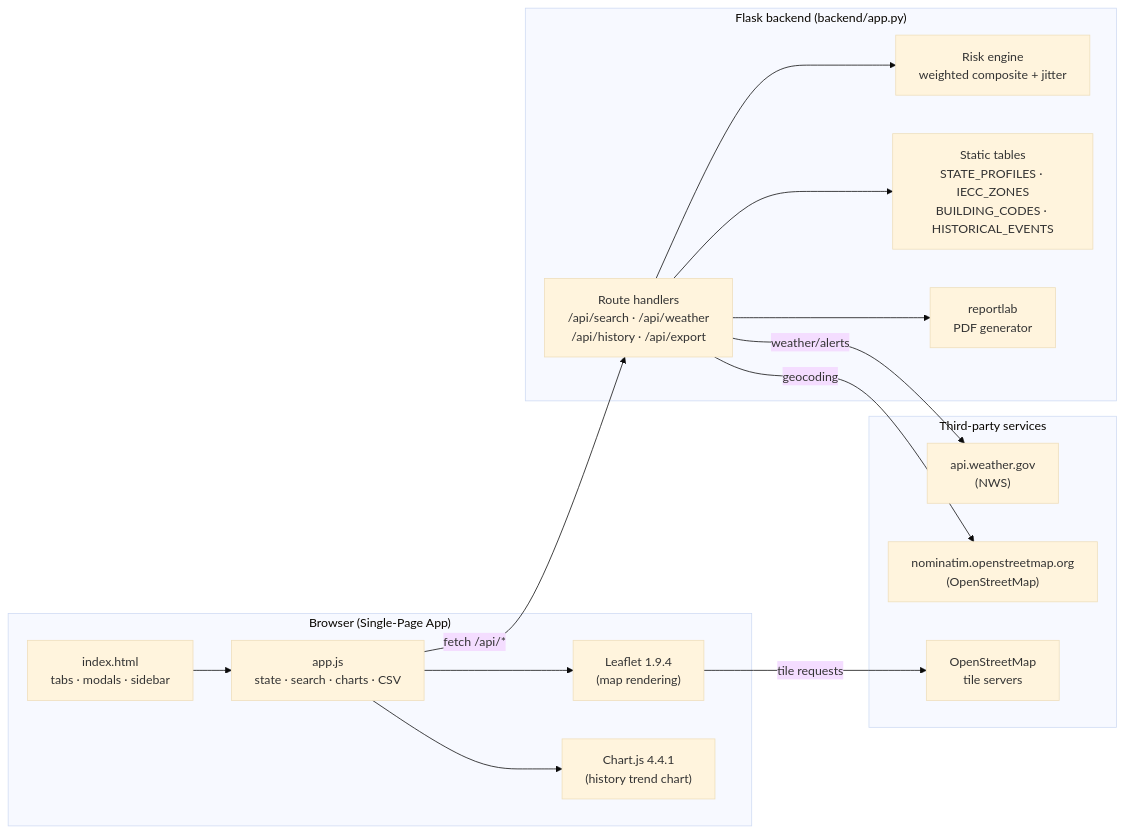
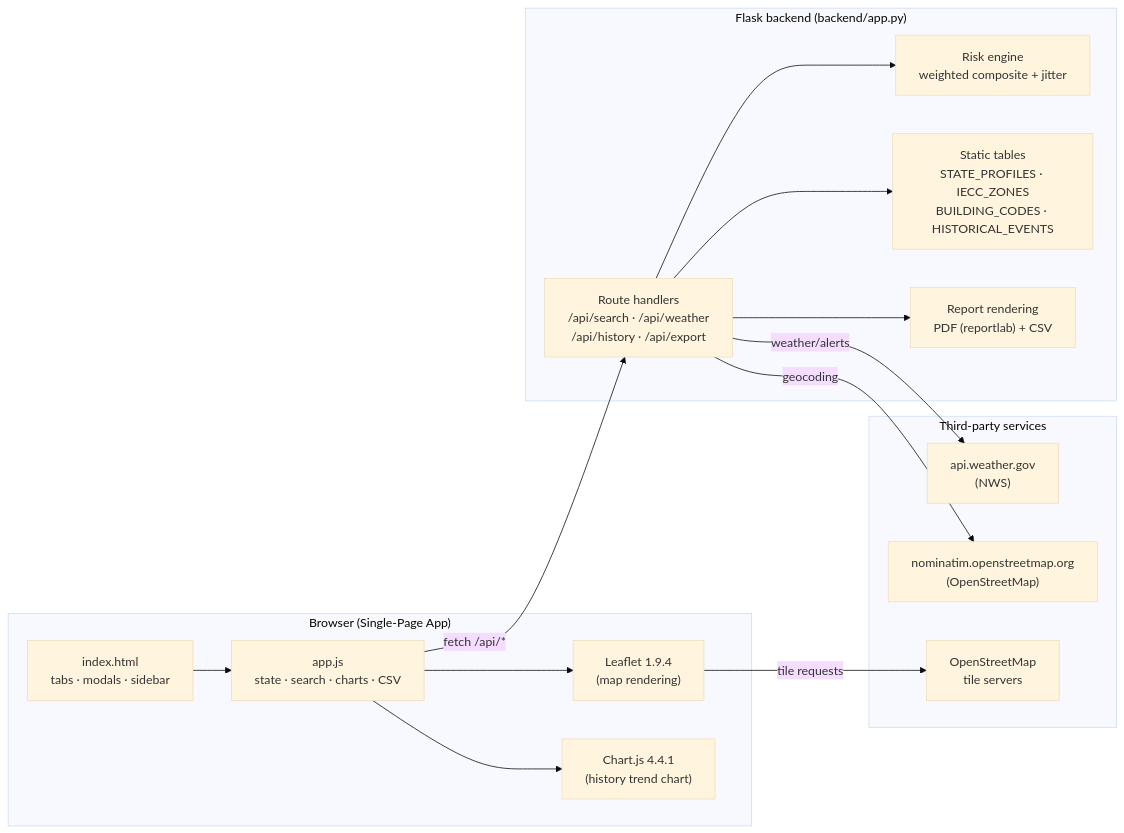
Before and after one commit to bcadestewart/Group_15_GAD: the first of 3 diagrams in DESIGN.md, drawn with Mermaid (base theme). The commit also changed other lines of this file and 5 other files, not shown here.

First line of the commit message:
Server-side CSV export (closes SRS §3.3 PDF/CSV bullet) (#15)

````diff
--- a/DESIGN.md
+++ b/DESIGN.md
@@ -52,33 +52,33 @@
 ```mermaid
 flowchart LR
     subgraph Client["Browser (Single-Page App)"]
         UI["index.html<br/>tabs · modals · sidebar"]
         APPJS["app.js<br/>state · search · charts · CSV"]
         LEAFLET["Leaflet 1.9.4<br/>(map rendering)"]
         CHARTJS["Chart.js 4.4.1<br/>(history trend chart)"]
     end
 
     subgraph Server["Flask backend (backend/app.py)"]
         ROUTES["Route handlers<br/>/api/search · /api/weather<br/>/api/history · /api/export"]
         RISK["Risk engine<br/>weighted composite + jitter"]
         TABLES["Static tables<br/>STATE_PROFILES · IECC_ZONES<br/>BUILDING_CODES · HISTORICAL_EVENTS"]
-        PDF["reportlab<br/>PDF generator"]
+        PDF["Report rendering<br/>PDF (reportlab) + CSV"]
     end
 
     subgraph External["Third-party services"]
         NWS["api.weather.gov<br/>(NWS)"]
         OSM["nominatim.openstreetmap.org<br/>(OpenStreetMap)"]
         TILES["OpenStreetMap<br/>tile servers"]
     end
 
     UI --> APPJS
     APPJS --> LEAFLET
     APPJS --> CHARTJS
     APPJS -- "fetch /api/*" --> ROUTES
     LEAFLET -- "tile requests" --> TILES
     ROUTES --> RISK
     ROUTES --> TABLES
     ROUTES --> PDF
     ROUTES -- "geocoding" --> OSM
     ROUTES -- "weather/alerts" --> NWS
 ```
````
